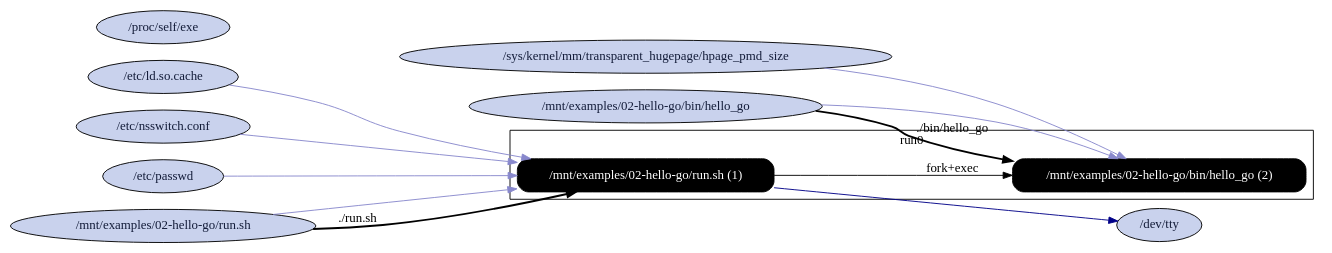
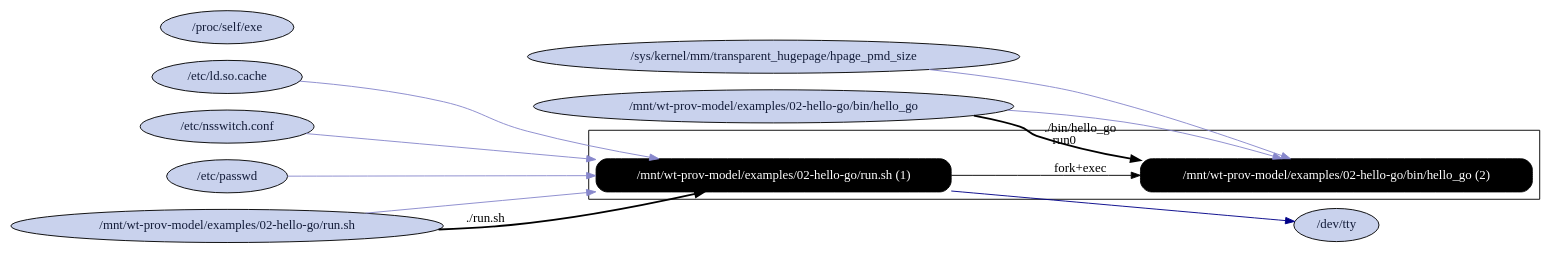
Before and after one commit to CIRSS/cpr: the diagram in examples/02-hello-go/graphs/rpz_C_processes_with_nonpackage_files.dot, drawn with Graphviz. The commit also changed 106 other files, not shown here.

```diff
--- a/examples/02-hello-go/graphs/rpz_C_processes_with_nonpackage_files.dot
+++ b/examples/02-hello-go/graphs/rpz_C_processes_with_nonpackage_files.dot
@@ -1,34 +1,34 @@
 digraph G {
     rankdir=LR;
 
     /* programs */
     node [shape=box fontcolor=white fillcolor=black style="filled,rounded"];
     subgraph cluster_run0 {
         label="run0";
-        prog0 [label="/mnt/examples/02-hello-go/run.sh (1)"];
-        prog1 [label="/mnt/examples/02-hello-go/bin/hello_go (2)"];
+        prog0 [label="/mnt/wt-prov-model/examples/02-hello-go/run.sh (1)"];
+        prog1 [label="/mnt/wt-prov-model/examples/02-hello-go/bin/hello_go (2)"];
         prog0 -> prog1 [label="fork+exec"];
     }
 
     node [shape=ellipse fontcolor="#131C39" fillcolor="#C9D2ED"];
 
     /* other files */
     "/dev/tty";
     "/etc/ld.so.cache";
     "/etc/nsswitch.conf";
     "/etc/passwd";
-    "/mnt/examples/02-hello-go/bin/hello_go";
-    "/mnt/examples/02-hello-go/run.sh";
+    "/mnt/wt-prov-model/examples/02-hello-go/bin/hello_go";
+    "/mnt/wt-prov-model/examples/02-hello-go/run.sh";
     "/proc/self/exe";
     "/sys/kernel/mm/transparent_hugepage/hpage_pmd_size";
 
-    "/mnt/examples/02-hello-go/run.sh" -> prog0 [style=bold, label="./run.sh"];
+    "/mnt/wt-prov-model/examples/02-hello-go/run.sh" -> prog0 [style=bold, label="./run.sh"];
     "/etc/ld.so.cache" -> prog0 [color="#8888CC"];
     prog0 -> "/dev/tty" [color="#000088"];
     "/etc/nsswitch.conf" -> prog0 [color="#8888CC"];
     "/etc/passwd" -> prog0 [color="#8888CC"];
-    "/mnt/examples/02-hello-go/run.sh" -> prog0 [color="#8888CC"];
-    "/mnt/examples/02-hello-go/bin/hello_go" -> prog1 [style=bold, label="./bin/hello_go"];
-    "/mnt/examples/02-hello-go/bin/hello_go" -> prog1 [color="#8888CC"];
+    "/mnt/wt-prov-model/examples/02-hello-go/run.sh" -> prog0 [color="#8888CC"];
+    "/mnt/wt-prov-model/examples/02-hello-go/bin/hello_go" -> prog1 [style=bold, label="./bin/hello_go"];
+    "/mnt/wt-prov-model/examples/02-hello-go/bin/hello_go" -> prog1 [color="#8888CC"];
     "/sys/kernel/mm/transparent_hugepage/hpage_pmd_size" -> prog1 [color="#8888CC"];
 }
```
